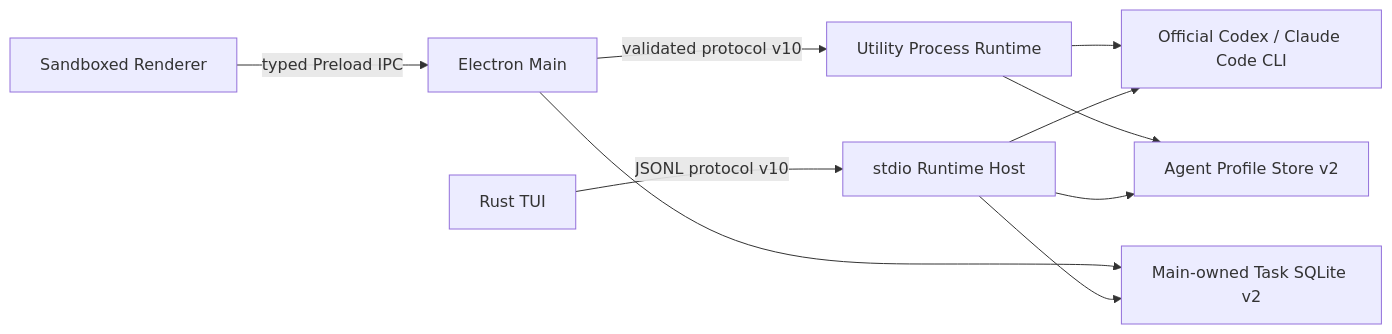
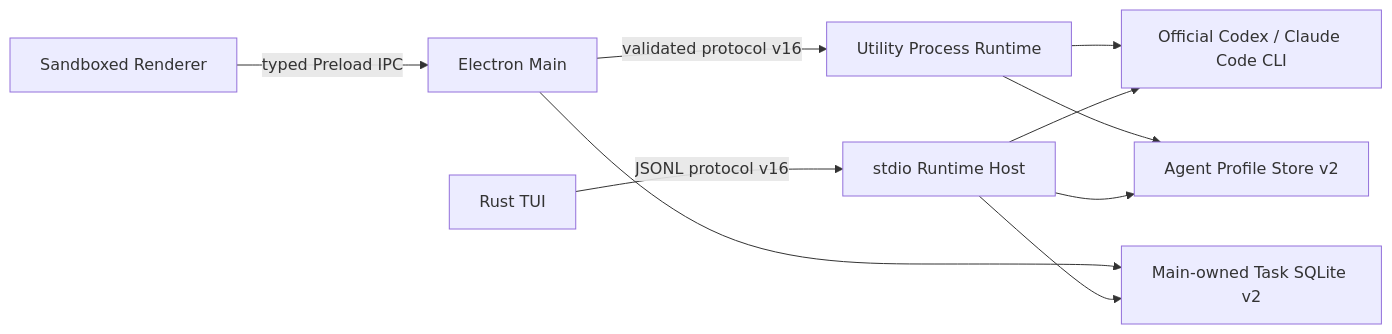
One commit to spencer17x/rux changed the first of 2 diagrams in docs/desktop-architecture.md. Above: the diagram before and after it, drawn with Mermaid. The commit also changed other lines of this file and 79 other files, not shown here.

````diff
--- a/docs/desktop-architecture.md
+++ b/docs/desktop-architecture.md
@@ -10,12 +10,12 @@
 ```mermaid
 flowchart LR
   UI["Sandboxed Renderer"] -->|"typed Preload IPC"| Main["Electron Main"]
-  Main -->|"validated protocol v10"| Runtime["Utility Process Runtime"]
-  TUI["Rust TUI"] -->|"JSONL protocol v10"| Host["stdio Runtime Host"]
+  Main -->|"validated protocol v16"| Runtime["Utility Process Runtime"]
+  TUI["Rust TUI"] -->|"JSONL protocol v16"| Host["stdio Runtime Host"]
   Runtime --> CLI["Official Codex / Claude Code CLI"]
   Host --> CLI
   Main --> Tasks["Main-owned Task SQLite v2"]
   Runtime --> Profiles["Agent Profile Store v2"]
   Host --> Profiles
   Host --> Tasks
 ```
````
